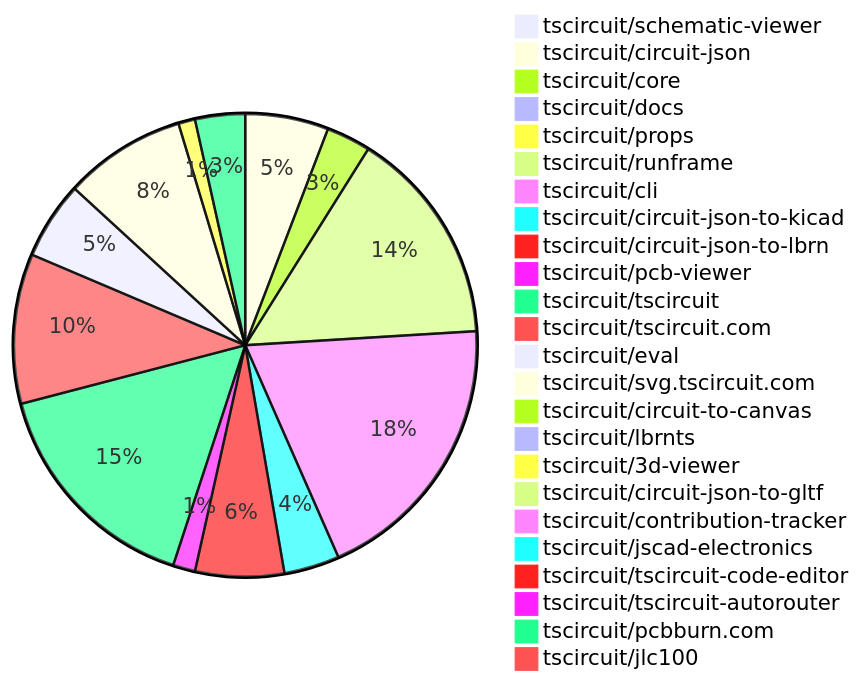
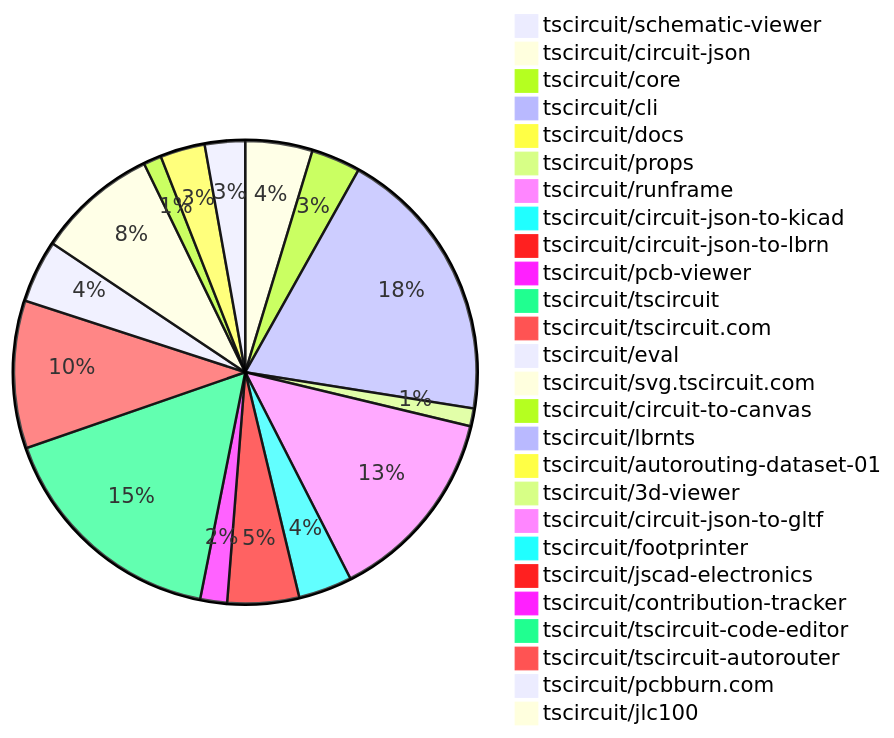
Before and after one commit to tscircuit/contribution-tracker: the diagram in README.md, drawn with Mermaid. The commit also changed other lines of this file and 3 other files, not shown here.

````diff
--- a/README.md
+++ b/README.md
@@ -30,27 +30,29 @@
 ```mermaid
 pie
     "tscircuit/schematic-viewer" : 1
     "tscircuit/circuit-json" : 15
-    "tscircuit/core" : 8
-    "tscircuit/docs" : 2
-    "tscircuit/props" : 2
-    "tscircuit/runframe" : 39
-    "tscircuit/cli" : 50
-    "tscircuit/circuit-json-to-kicad" : 10
+    "tscircuit/core" : 11
+    "tscircuit/cli" : 62
+    "tscircuit/docs" : 3
+    "tscircuit/props" : 4
+    "tscircuit/runframe" : 44
+    "tscircuit/circuit-json-to-kicad" : 12
     "tscircuit/circuit-json-to-lbrn" : 16
-    "tscircuit/pcb-viewer" : 4
-    "tscircuit/tscircuit" : 41
-    "tscircuit/tscircuit.com" : 27
+    "tscircuit/pcb-viewer" : 6
+    "tscircuit/tscircuit" : 53
+    "tscircuit/tscircuit.com" : 33
     "tscircuit/eval" : 14
-    "tscircuit/svg.tscircuit.com" : 22
-    "tscircuit/circuit-to-canvas" : 2
+    "tscircuit/svg.tscircuit.com" : 27
+    "tscircuit/circuit-to-canvas" : 4
     "tscircuit/lbrnts" : 2
+    "tscircuit/autorouting-dataset-01" : 10
     "tscircuit/3d-viewer" : 3
     "tscircuit/circuit-json-to-gltf" : 1
+    "tscircuit/footprinter" : 3
+    "tscircuit/jscad-electronics" : 3
     "tscircuit/contribution-tracker" : 2
-    "tscircuit/jscad-electronics" : 1
     "tscircuit/tscircuit-code-editor" : 1
     "tscircuit/tscircuit-autorouter" : 2
     "tscircuit/pcbburn.com" : 9
     "tscircuit/jlc100" : 1
 ```
````
